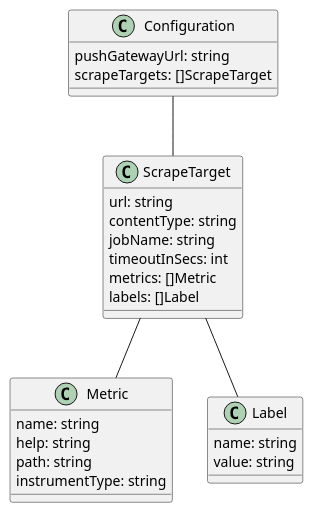
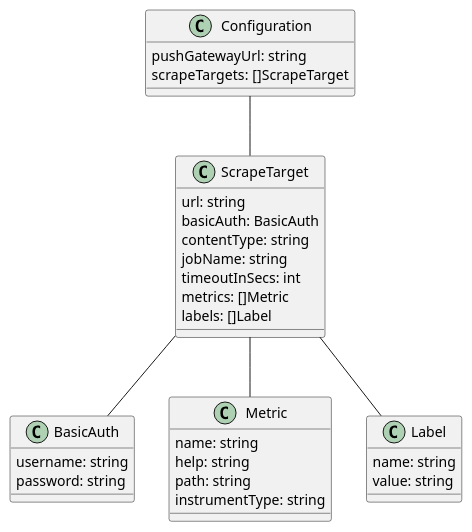
The diagram in configuration_overview.puml (ndlarsen/prometheus-metrics-exporter), drawn with PlantUML before and after one commit.

Commit message:
Updated configuration UML overview with BasicAuth.

```diff
--- a/configuration_overview.puml
+++ b/configuration_overview.puml
@@ -1,36 +1,44 @@
 @startuml
 
 class Configuration {
     pushGatewayUrl: string
     scrapeTargets: []ScrapeTarget
 
 }
 
 class ScrapeTarget {
     url: string
+    basicAuth: BasicAuth
     contentType: string
     jobName: string
     timeoutInSecs: int
     metrics: []Metric
     labels: []Label
 }
 
 Configuration -- ScrapeTarget
+
+class BasicAuth {
+    username: string
+    password: string
+}
+
+ScrapeTarget -- BasicAuth
 
 class Metric {
     name: string
     help: string
     path: string
     instrumentType: string
 }
 
 ScrapeTarget -- Metric
 
 class Label {
     name: string
     value: string
 }
 
 ScrapeTarget -- Label
 
 @enduml
```
